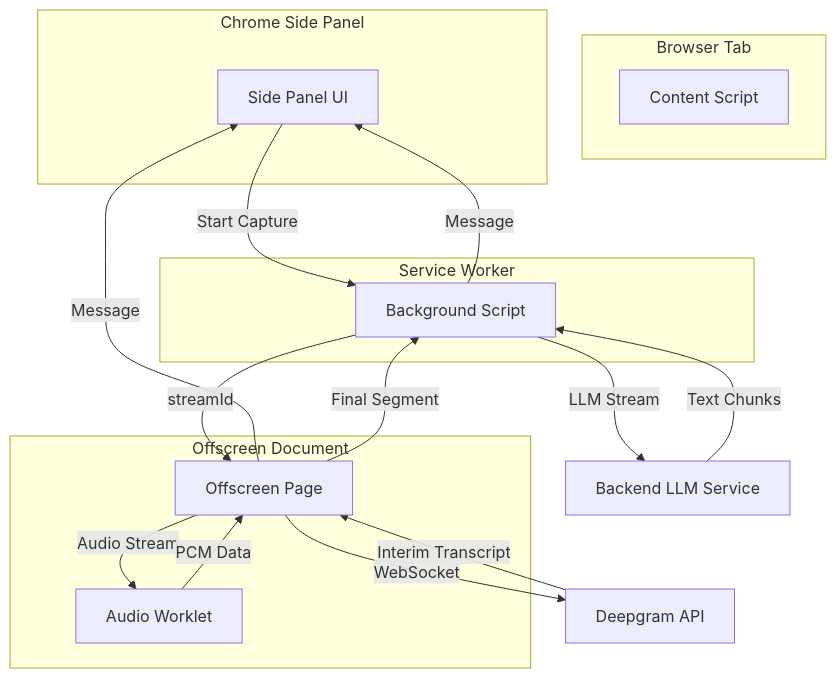
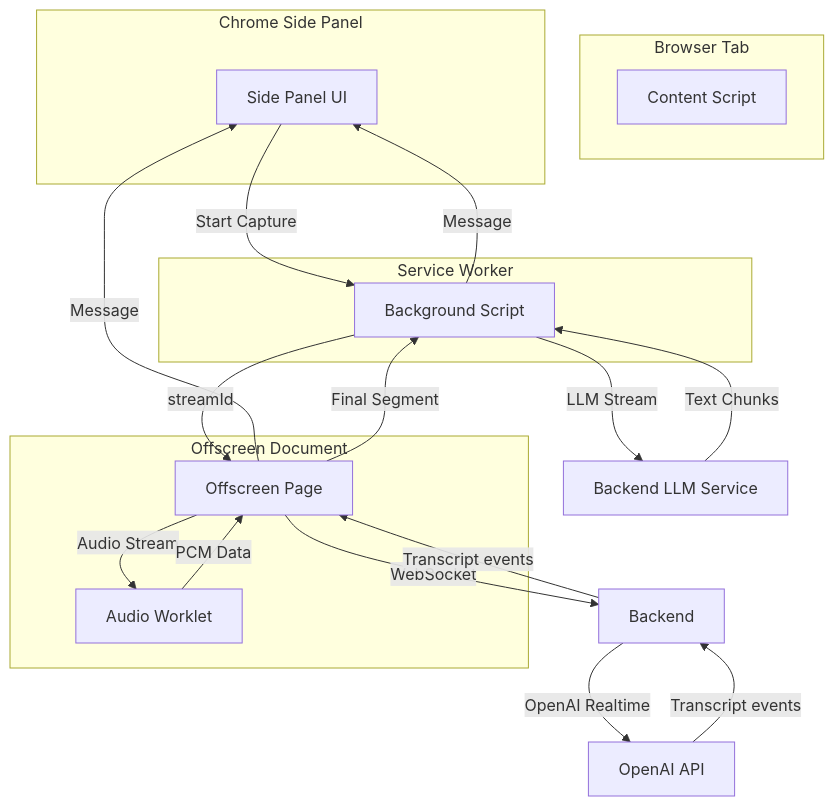
Before and after one commit to amanambak/dual-channel: the diagram in extension/ARCHITECTURE.md, drawn with Mermaid. The commit also changed other lines of this file and 21 other files, not shown here.

````diff
--- a/extension/ARCHITECTURE.md
+++ b/extension/ARCHITECTURE.md
@@ -48,31 +48,33 @@
 ```mermaid
 graph TD
     subgraph Browser Tab
         CS[Content Script]
     end
 
     subgraph Chrome Side Panel
         SP[Side Panel UI]
     end
 
     subgraph Service Worker
         BG[Background Script]
     end
 
     subgraph Offscreen Document
         OD[Offscreen Page]
         AW[Audio Worklet]
     end
 
     SP -->|Start Capture| BG
     BG -->|streamId| OD
     OD -->|Audio Stream| AW
     AW -->|PCM Data| OD
-    OD -->|WebSocket| DG[Deepgram API]
-    DG -->|Interim Transcript| OD
+    OD -->|WebSocket| BE[Backend]
+    BE -->|OpenAI Realtime| OAI[OpenAI API]
+    OAI -->|Transcript events| BE
+    BE -->|Transcript events| OD
     OD -->|Message| SP
     OD -->|Final Segment| BG
     BG -->|LLM Stream| LS[Backend LLM Service]
     LS -->|Text Chunks| BG
     BG -->|Message| SP
 ```
````
